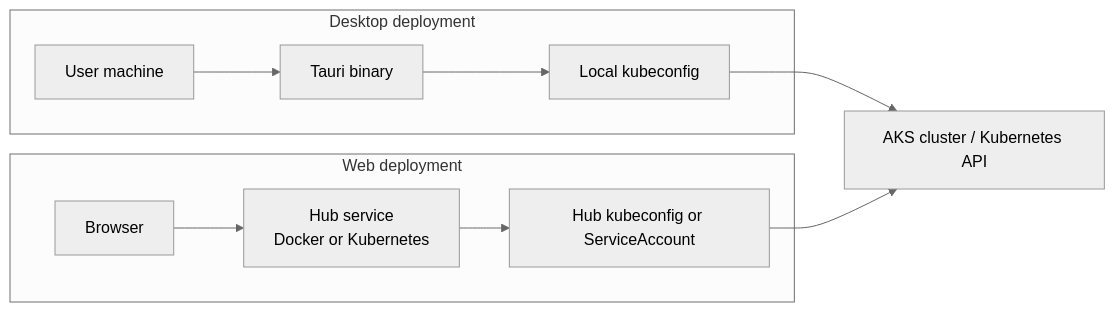
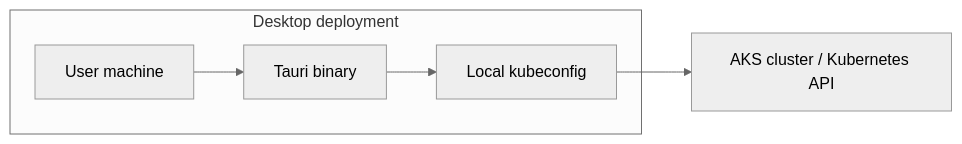
The fourth of 4 diagrams in docs/diagrams/architecture.md (adamdost-0/Telescope), drawn with Mermaid (neutral theme) before and after one commit. The commit also changed other lines of this file and 35 other files, not shown here.

First line of the commit message:
refactor: remove Hub/web mode — desktop-only focus

````diff
--- a/docs/diagrams/architecture.md
+++ b/docs/diagrams/architecture.md
@@ -214,15 +153,10 @@
 ```mermaid
 flowchart LR
     aks["AKS cluster / Kubernetes API"]
 
     subgraph desktopDeploy["Desktop deployment"]
         machine["User machine"] --> tauriBinary["Tauri binary"] --> kubeconfig["Local kubeconfig"]
     end
 
-    subgraph webDeploy["Web deployment"]
-        browserClient["Browser"] --> hubRuntime["Hub service<br/>Docker or Kubernetes"] --> hubCreds["Hub kubeconfig or ServiceAccount"]
-    end
-
     kubeconfig --> aks
-    hubCreds --> aks
 ```
````
